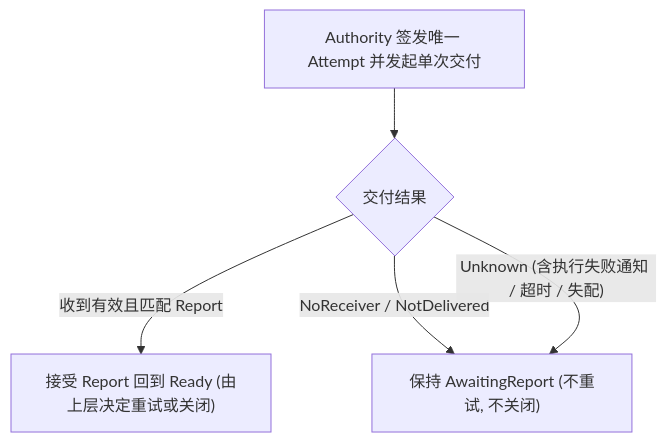
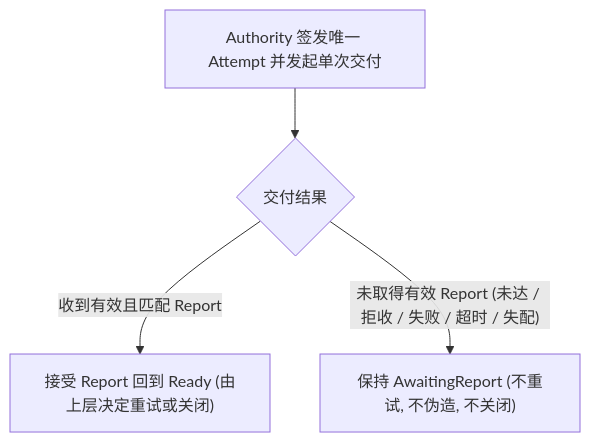
One commit to Everfold/Beamlet changed the second of 2 diagrams in spec/03-roles.md. Above: the diagram before and after it, drawn with Mermaid. The commit also changed other lines of this file and 6 other files, not shown here.

Commit message:
docs(spec): collapse delivery errors into binary report-or-awaiting semantics

````diff
--- a/spec/03-roles.md
+++ b/spec/03-roles.md
@@ -29,7 +29,6 @@
 ```mermaid
 flowchart TD
     Mint["Authority 签发唯一 Attempt 并发起单次交付"] --> Res{"交付结果"}
     Res -->|"收到有效且匹配 Report"| Accept["接受 Report 回到 Ready (由上层决定重试或关闭)"]
-    Res -->|"NoReceiver / NotDelivered"| Keep["保持 AwaitingReport (不重试, 不关闭)"]
-    Res -->|"Unknown (含执行失败通知 / 超时 / 失配)"| Keep
+    Res -->|"未取得有效 Report (未达 / 拒收 / 失败 / 超时 / 失配)"| Keep["保持 AwaitingReport (不重试, 不伪造, 不关闭)"]
 ```
````
